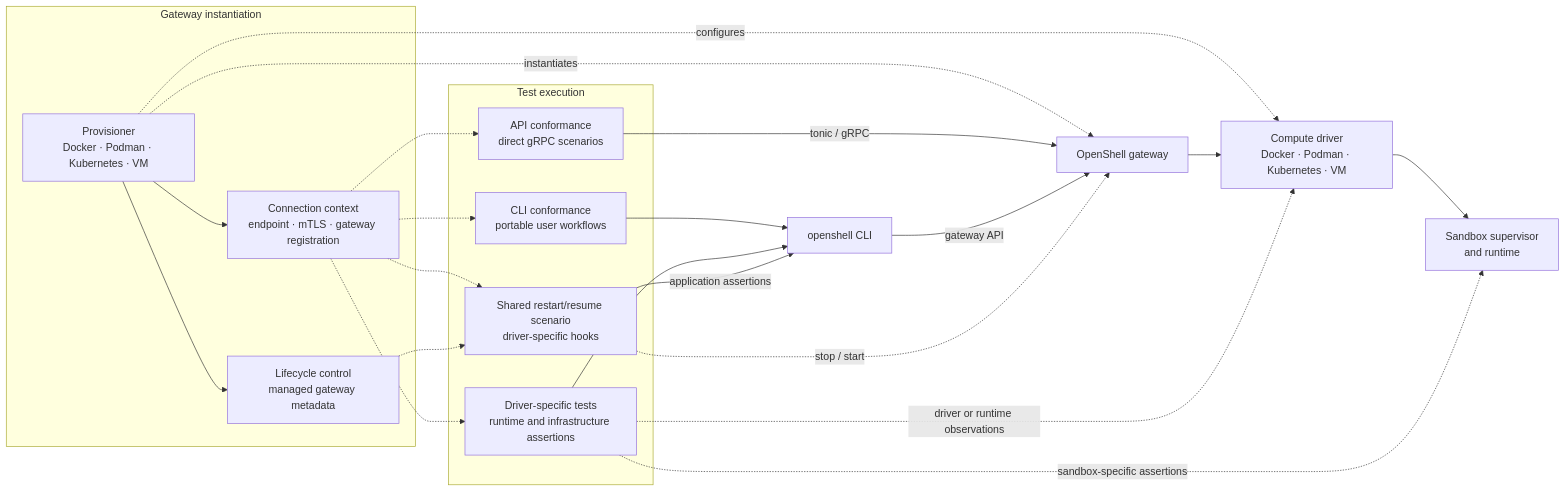
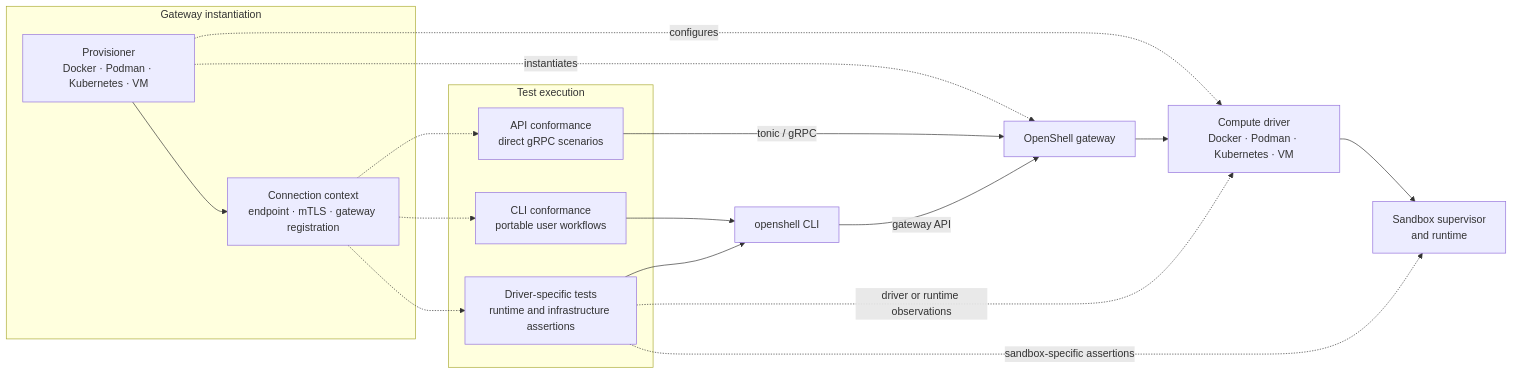
One commit to NVIDIA/OpenShell changed the diagram in e2e/rust/CONFORMANCE.md. Above: the diagram before and after it, drawn with Mermaid. The commit also changed other lines of this file and 1 other file, not shown here.

Commit message:
test(e2e): cover sandbox stop and start conformance

````diff
--- a/e2e/rust/CONFORMANCE.md
+++ b/e2e/rust/CONFORMANCE.md
@@ -40,44 +41,37 @@
 ```mermaid
 flowchart LR
     subgraph Provisioning["Gateway instantiation"]
         P["Provisioner<br/>Docker · Podman · Kubernetes · VM"]
         C["Connection context<br/>endpoint · mTLS · gateway registration"]
-        L["Lifecycle control<br/>managed gateway metadata"]
     end
 
     subgraph Tests["Test execution"]
         API["API conformance<br/>direct gRPC scenarios"]
         CLI["CLI conformance<br/>portable user workflows"]
         DS["Driver-specific tests<br/>runtime and infrastructure assertions"]
-        RR["Shared restart/resume scenario<br/>driver-specific hooks"]
     end
 
     OCLI["openshell CLI"]
     GW["OpenShell gateway"]
     DR["Compute driver<br/>Docker · Podman · Kubernetes · VM"]
     SB["Sandbox supervisor<br/>and runtime"]
 
     P -.->|"instantiates"| GW
     P -.->|"configures"| DR
     P --> C
-    P --> L
 
     C -.-> API
     C -.-> CLI
     C -.-> DS
-    C -.-> RR
-    L -.-> RR
 
     API -->|"tonic / gRPC"| GW
     CLI --> OCLI
     DS --> OCLI
-    RR -->|"application assertions"| OCLI
 
     OCLI -->|"gateway API"| GW
     GW --> DR
     DR --> SB
 
     DS -.->|"driver or runtime observations"| DR
     DS -.->|"sandbox-specific assertions"| SB
-    RR -.->|"stop / start"| GW
 ```
````
